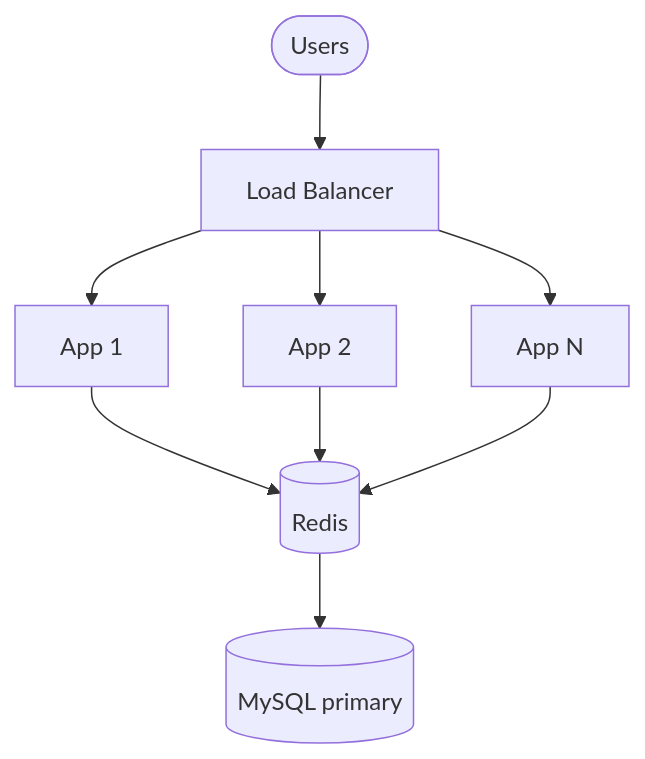
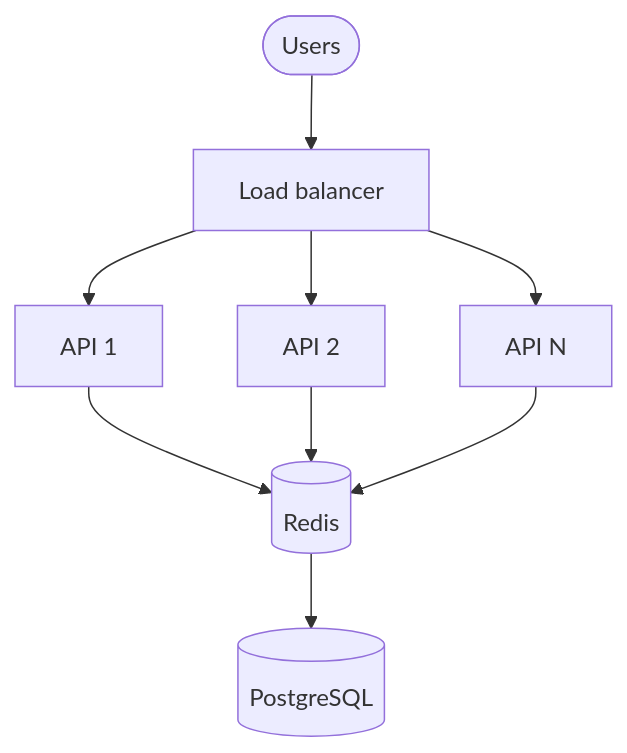
One commit to adnanrahin/adnanrahin.github.io changed the ninth of 11 diagrams in _system_design/scalability.md. Above: the diagram before and after it, drawn with Mermaid. The commit also changed other lines of this file and 3 other files, not shown here.

````diff
--- a/_system_design/scalability.md
+++ b/_system_design/scalability.md
@@ -302,11 +277,11 @@
 ```mermaid
 flowchart TB
-    Users([Users]) --> LB[Load Balancer]
-    LB --> App1[App 1]
-    LB --> App2[App 2]
-    LB --> AppN[App N]
+    Diners([Users]) --> LB[Load balancer]
+    LB --> App1[API 1]
+    LB --> App2[API 2]
+    LB --> AppN[API N]
     App1 --> Redis[(Redis)]
     App2 --> Redis
     AppN --> Redis
-    Redis --> MySQL[(MySQL primary)]
+    Redis --> PG[(PostgreSQL)]
 ```
````
